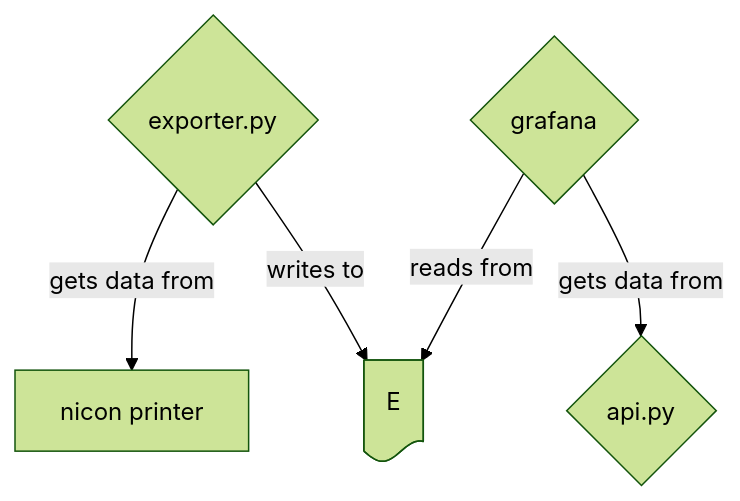
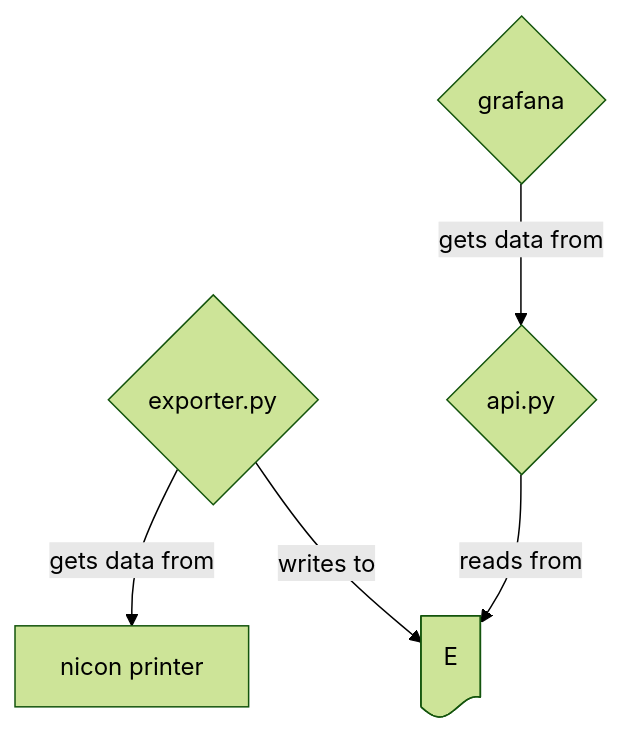
The diagram in readme.md (carnivuth/opc-ua-birex), drawn with Mermaid (forest theme) before and after one commit.

Commit message:
fixed graph

````diff
--- a/readme.md
+++ b/readme.md
@@ -13,12 +13,12 @@
 ```mermaid
 flowchart TD
 A{exporter.py}
 B{api.py}
 C{grafana}
 D[nicon printer]
 E@{ shape: doc }
 A -- gets data from --> D
 A -- writes to --> E
-C -- reads from --> E
+B -- reads from --> E
 C -- gets data from --> B
 ```
````
